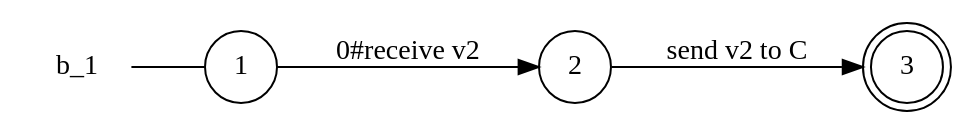
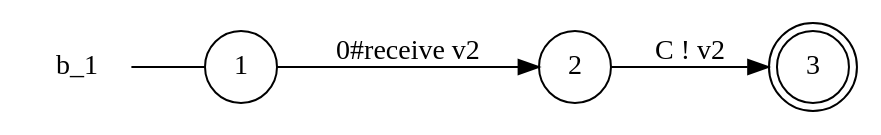
One commit to gabrielegenovese/chorer changed the diagram in examples/trick/b_1_local_view.dot. Above: the diagram before and after it, drawn with Graphviz. The commit also changed 56 other files, not shown here.

Commit message:
updated send label format in "proc ! data"

```diff
--- a/examples/trick/b_1_local_view.dot
+++ b/examples/trick/b_1_local_view.dot
@@ -1,11 +1,11 @@
 digraph b_1 {
 	rankdir="LR";
 	n_0 [label="b_1", shape="plaintext"];
 	n_1 [id="1", shape=circle, label="1"];
 	n_0 -> n_1 [arrowhead=none];
 	n_2 [id="2", shape=circle, label="2"];
 	n_3 [id="3", shape=doublecircle, label="3"];
 
-	n_2 -> n_3 [id="[$e|1]", label="send v2 to C"];
+	n_2 -> n_3 [id="[$e|1]", label="C ! v2"];
 	n_1 -> n_2 [id="[$e|0]", label="0#receive v2"];
 }
```
